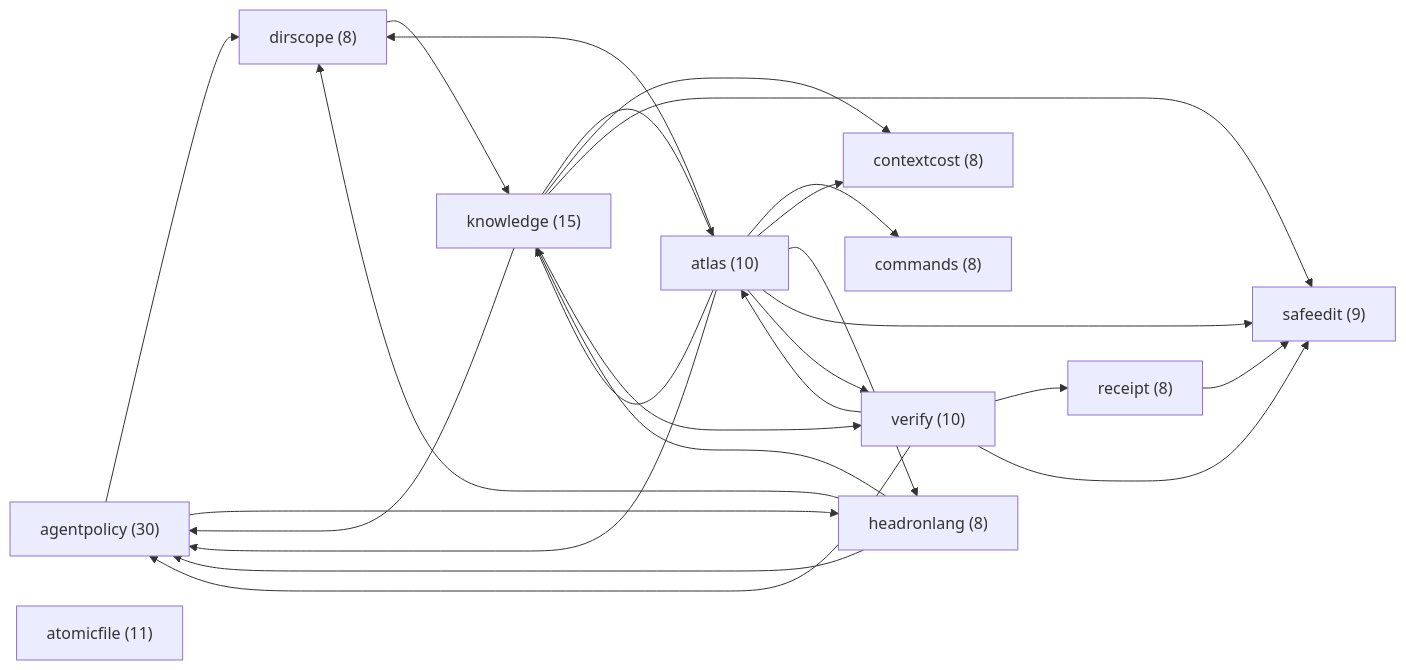
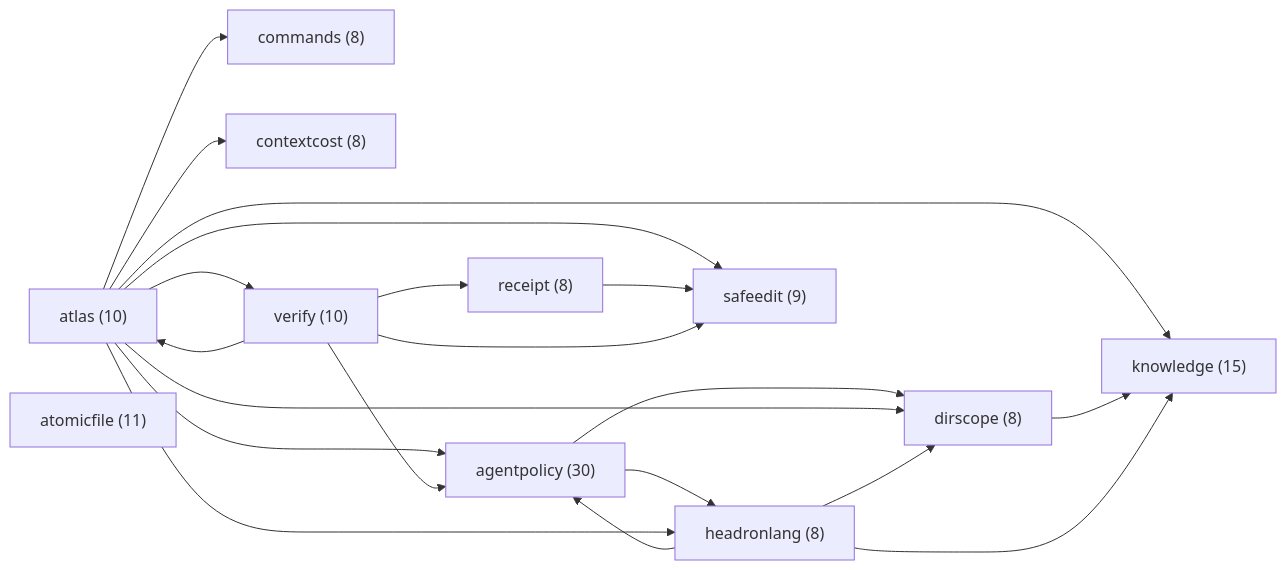
Before and after one commit to HLIntel/Headron: the diagram in docs/MODULES.md, drawn with Mermaid. The commit also changed other lines of this file and 15 other files, not shown here.

````diff
--- a/docs/MODULES.md
+++ b/docs/MODULES.md
@@ -8,38 +8,33 @@
 ```mermaid
 flowchart LR
   m_agentpolicy["agentpolicy (30)"]
   m_atlas["atlas (10)"]
   m_atomicfile["atomicfile (11)"]
   m_commands["commands (8)"]
   m_contextcost["contextcost (8)"]
   m_dirscope["dirscope (8)"]
   m_headronlang["headronlang (8)"]
   m_knowledge["knowledge (15)"]
   m_receipt["receipt (8)"]
   m_safeedit["safeedit (9)"]
   m_verify["verify (10)"]
   m_agentpolicy --> m_dirscope
   m_agentpolicy --> m_headronlang
   m_atlas --> m_agentpolicy
   m_atlas --> m_commands
   m_atlas --> m_contextcost
   m_atlas --> m_dirscope
   m_atlas --> m_headronlang
   m_atlas --> m_knowledge
   m_atlas --> m_safeedit
   m_atlas --> m_verify
   m_dirscope --> m_knowledge
   m_headronlang --> m_agentpolicy
   m_headronlang --> m_dirscope
   m_headronlang --> m_knowledge
-  m_knowledge --> m_agentpolicy
-  m_knowledge --> m_atlas
-  m_knowledge --> m_contextcost
-  m_knowledge --> m_safeedit
-  m_knowledge --> m_verify
   m_receipt --> m_safeedit
   m_verify --> m_agentpolicy
   m_verify --> m_atlas
   m_verify --> m_receipt
   m_verify --> m_safeedit
 ```
````
